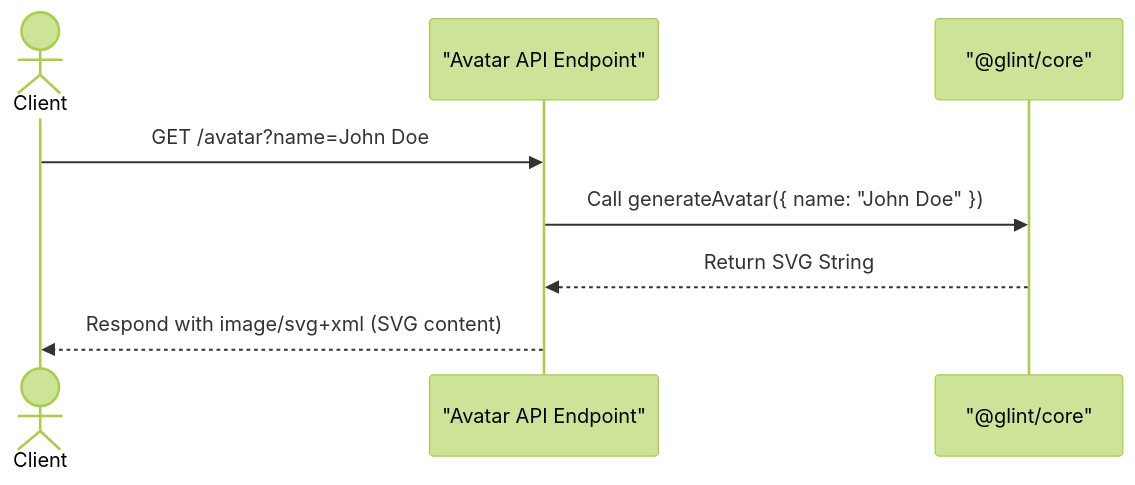
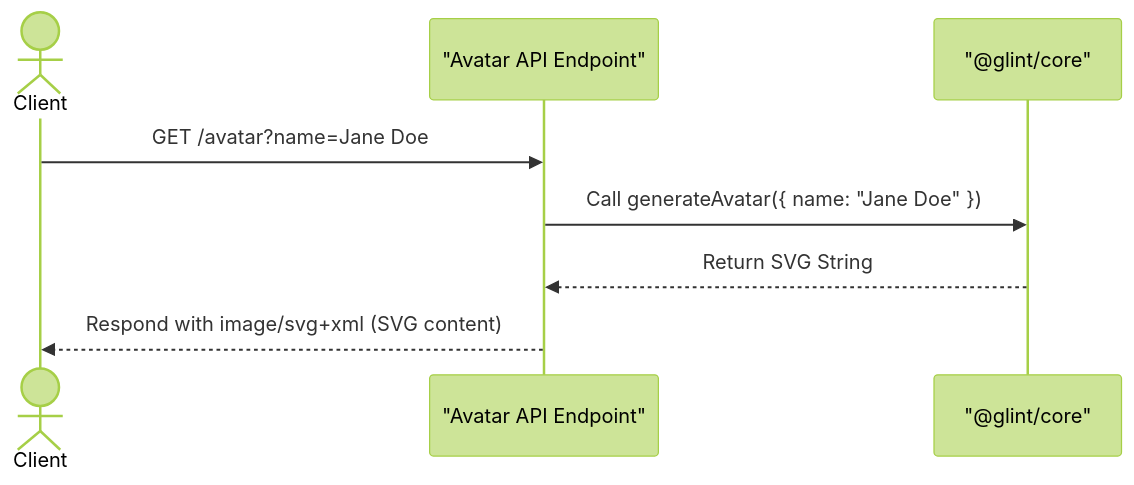
Before and after one commit to Charmingdc/glint: the first of 2 diagrams in .dokugen-backup.md, drawn with Mermaid (forest theme). The commit also changed other lines of this file and 16 other files, not shown here.

````diff
--- a/.dokugen-backup.md
+++ b/.dokugen-backup.md
@@ -62,11 +62,11 @@
 ```mermaid
 sequenceDiagram
   actor Client
   participant API as "Avatar API Endpoint"
   participant Core as "@glint/core"
 
-  Client->>API: GET /avatar?name=John Doe
-  API->>Core: Call generateAvatar({ name: "John Doe" })
+  Client->>API: GET /avatar?name=Jane Doe
+  API->>Core: Call generateAvatar({ name: "Jane Doe" })
   Core-->>API: Return SVG String
   API-->>Client: Respond with image/svg+xml (SVG content)
 ```
````
